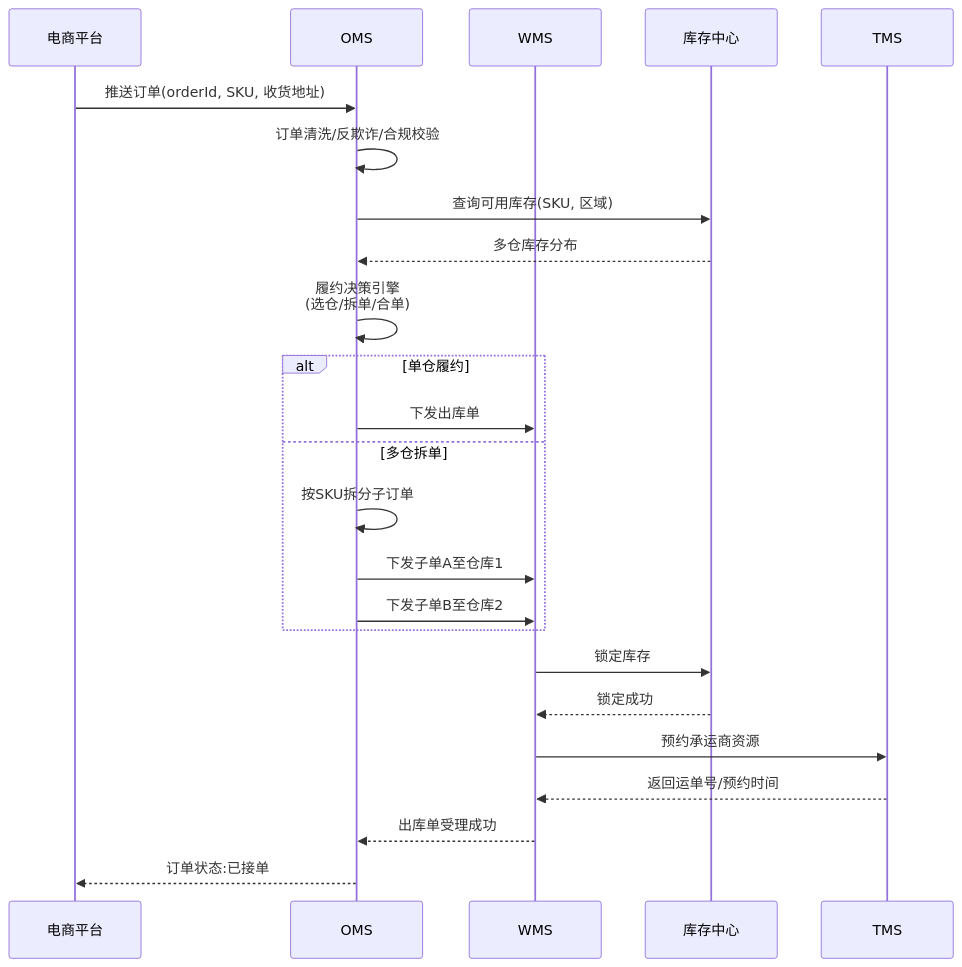
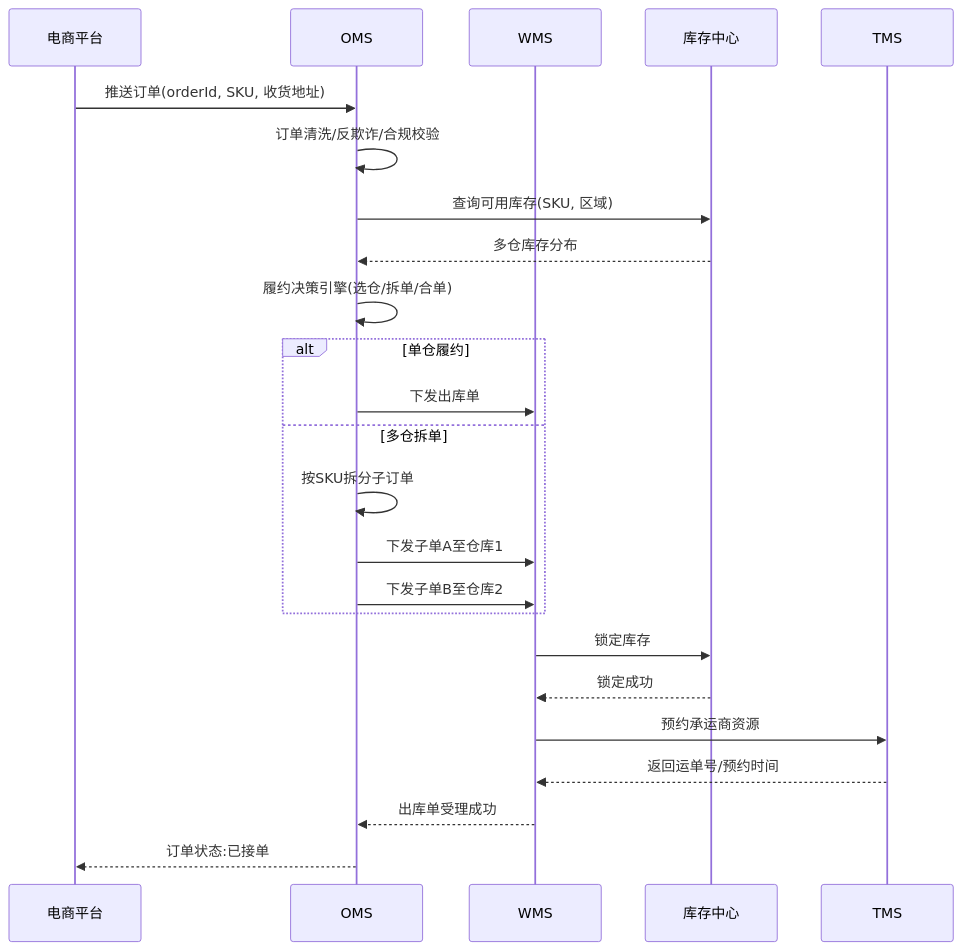
Before and after one commit to generous-jiang/jiangzw: the second of 9 diagrams in docs/warehouse-automation-outbound.md, drawn with Mermaid. The commit also changed other lines of this file and 9 other files, not shown here.

Commit message:
docs: 渲染所有交互图为 PNG 并嵌入文档（保留 Mermaid 源码可折叠）

````diff
--- a/docs/warehouse-automation-outbound.md
+++ b/docs/warehouse-automation-outbound.md
@@ -77,29 +91,29 @@
 ```mermaid
 sequenceDiagram
     participant EC as 电商平台
     participant OMS
     participant WMS
     participant INV as 库存中心
     participant TMS
 
     EC->>OMS: 推送订单(orderId, SKU, 收货地址)
     OMS->>OMS: 订单清洗/反欺诈/合规校验
     OMS->>INV: 查询可用库存(SKU, 区域)
     INV-->>OMS: 多仓库存分布
-    OMS->>OMS: 履约决策引擎<br/>(选仓/拆单/合单)
+    OMS->>OMS: 履约决策引擎(选仓/拆单/合单)
 
     alt 单仓履约
         OMS->>WMS: 下发出库单
     else 多仓拆单
         OMS->>OMS: 按SKU拆分子订单
         OMS->>WMS: 下发子单A至仓库1
         OMS->>WMS: 下发子单B至仓库2
     end
 
     WMS->>INV: 锁定库存
     INV-->>WMS: 锁定成功
     WMS->>TMS: 预约承运商资源
     TMS-->>WMS: 返回运单号/预约时间
     WMS-->>OMS: 出库单受理成功
     OMS-->>EC: 订单状态:已接单
 ```
````
